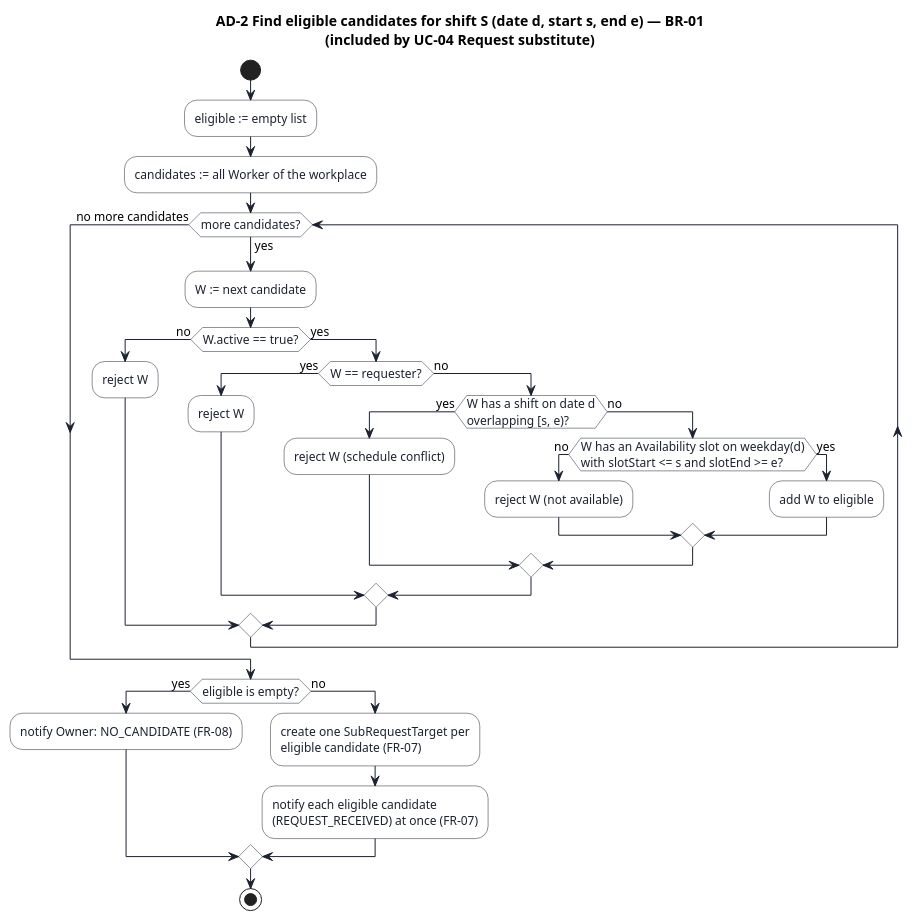
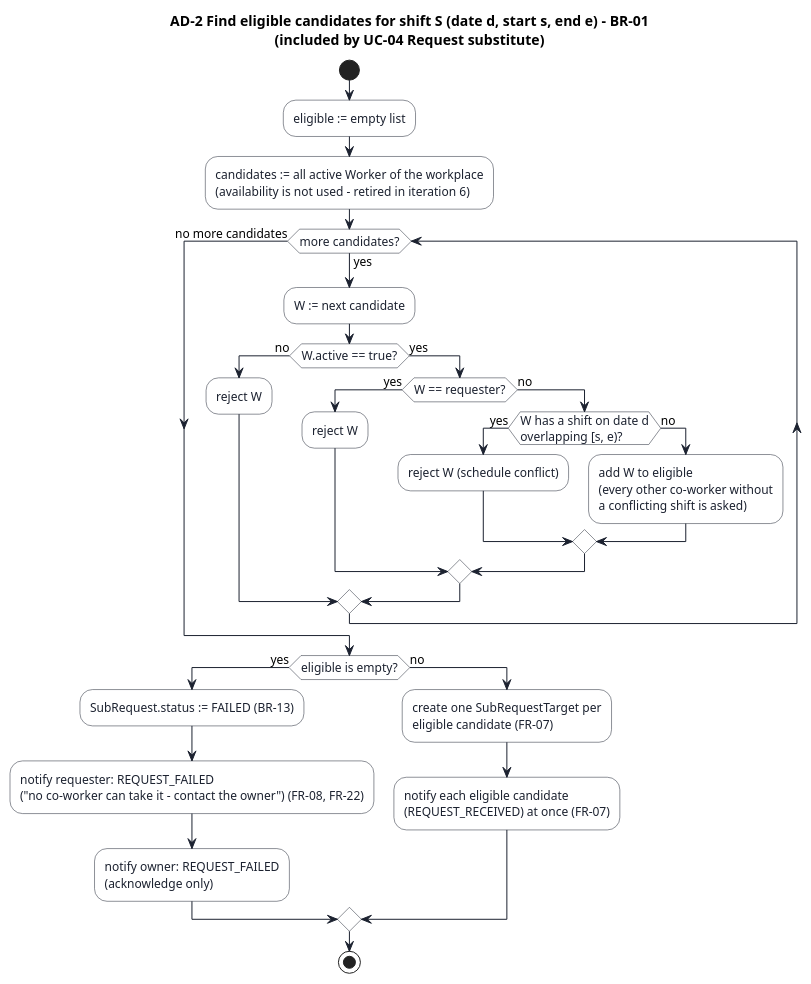
The diagram in uml/src/activity-candidates.puml (keemlogan/shiftswap), drawn with PlantUML before and after one commit. The commit also changed 113 other files, not shown here.

Commit message:
Iteration 6: availability removed, can't answer and FAILED ending; Korean display names; 84 tests, check 128/128; docs, UML and deck updated

```diff
--- a/uml/src/activity-candidates.puml
+++ b/uml/src/activity-candidates.puml
@@ -1,51 +1,49 @@
 @startuml activity-candidates
 !pragma layout smetana
 skinparam defaultFontName "Helvetica"
 skinparam defaultFontSize 12
 skinparam shadowing false
 skinparam backgroundColor #FFFFFF
 skinparam activity {
   BackgroundColor #FFFFFF
   BorderColor #1C2230
   FontColor #1C2230
   ArrowColor #1C2230
   DiamondBackgroundColor #FFFFFF
   DiamondBorderColor #1C2230
 }
 
-title AD-2 Find eligible candidates for shift S (date d, start s, end e) — BR-01\n(included by UC-04 Request substitute)
+title AD-2 Find eligible candidates for shift S (date d, start s, end e) - BR-01\n(included by UC-04 Request substitute)
 
 start
 :eligible := empty list;
-:candidates := all Worker of the workplace;
+:candidates := all active Worker of the workplace\n(availability is not used - retired in iteration 6);
 
 while (more candidates?) is (yes)
   :W := next candidate;
 
   if (W.active == true?) then (no)
     :reject W;
   else (yes)
     if (W == requester?) then (yes)
       :reject W;
     else (no)
       if (W has a shift on date d\noverlapping [s, e)?) then (yes)
         :reject W (schedule conflict);
       else (no)
-        if (W has an Availability slot on weekday(d)\nwith slotStart <= s and slotEnd >= e?) then (no)
-          :reject W (not available);
-        else (yes)
-          :add W to eligible;
-        endif
+        :add W to eligible\n(every other co-worker without\na conflicting shift is asked);
       endif
     endif
   endif
 endwhile (no more candidates)
 
 if (eligible is empty?) then (yes)
-  :notify Owner: NO_CANDIDATE (FR-08);
+  :SubRequest.status := FAILED (BR-13);
+  :notify requester: REQUEST_FAILED\n("no co-worker can take it - contact the owner") (FR-08, FR-22);
+  :notify owner: REQUEST_FAILED\n(acknowledge only);
 else (no)
   :create one SubRequestTarget per\neligible candidate (FR-07);
   :notify each eligible candidate\n(REQUEST_RECEIVED) at once (FR-07);
 endif
 stop
 @enduml
```
